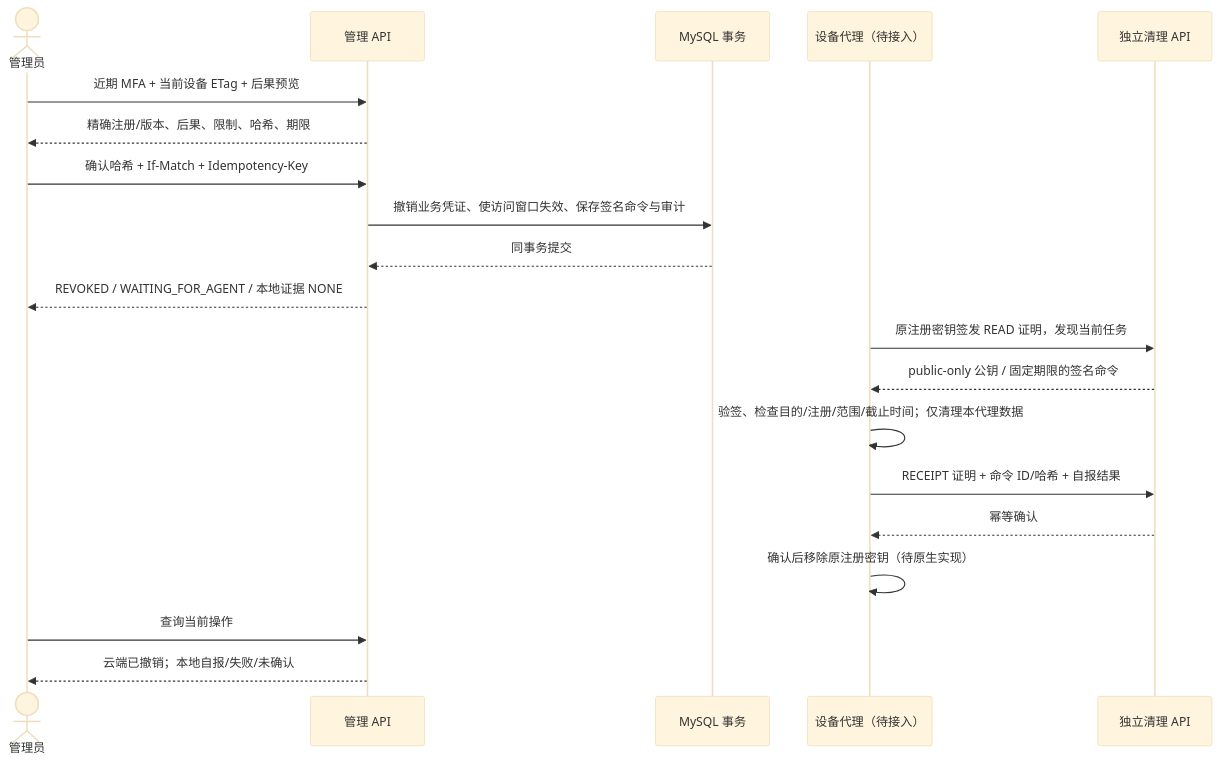
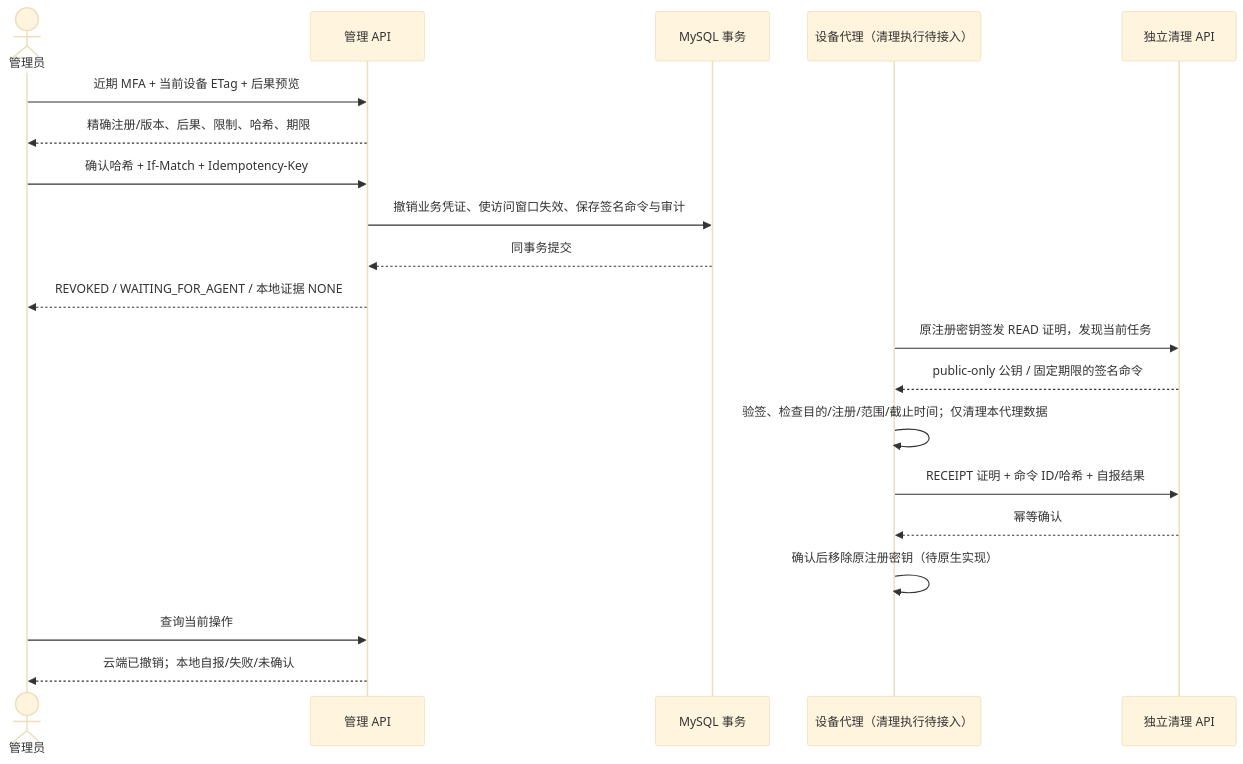
The first of 2 diagrams in docs/device-deprovision-contract.md (zyclove/ai-magic-manager), drawn with Mermaid (base theme) before and after one commit. The commit also changed other lines of this file and 2 other files, not shown here.

````diff
--- a/docs/device-deprovision-contract.md
+++ b/docs/device-deprovision-contract.md
@@ -24,22 +24,22 @@
 ```mermaid
 sequenceDiagram
     actor A as 管理员
     participant M as 管理 API
     participant DB as MySQL 事务
-    participant D as 设备代理（待接入）
+    participant D as 设备代理（清理执行待接入）
     participant C as 独立清理 API
     A->>M: 近期 MFA + 当前设备 ETag + 后果预览
     M-->>A: 精确注册/版本、后果、限制、哈希、期限
     A->>M: 确认哈希 + If-Match + Idempotency-Key
     M->>DB: 撤销业务凭证、使访问窗口失效、保存签名命令与审计
     DB-->>M: 同事务提交
     M-->>A: REVOKED / WAITING_FOR_AGENT / 本地证据 NONE
     D->>C: 原注册密钥签发 READ 证明，发现当前任务
     C-->>D: public-only 公钥 / 固定期限的签名命令
     D->>D: 验签、检查目的/注册/范围/截止时间；仅清理本代理数据
     D->>C: RECEIPT 证明 + 命令 ID/哈希 + 自报结果
     C-->>D: 幂等确认
     D->>D: 确认后移除原注册密钥（待原生实现）
     A->>M: 查询当前操作
     M-->>A: 云端已撤销；本地自报/失败/未确认
 ```
````
